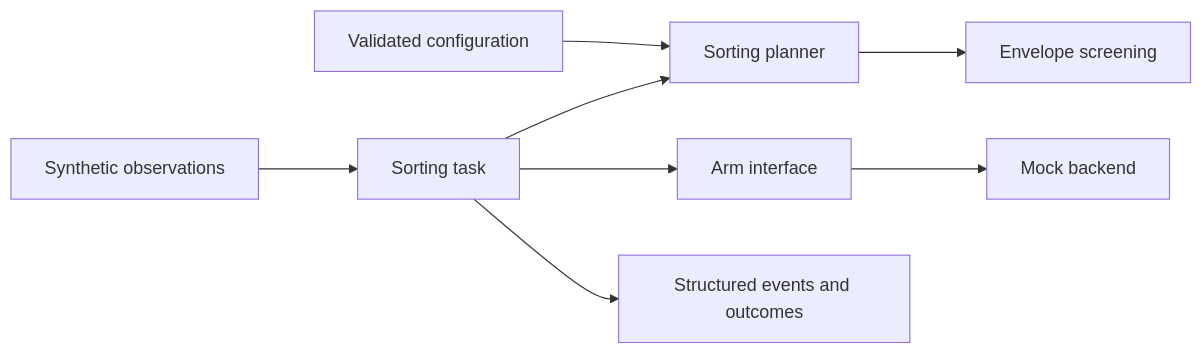
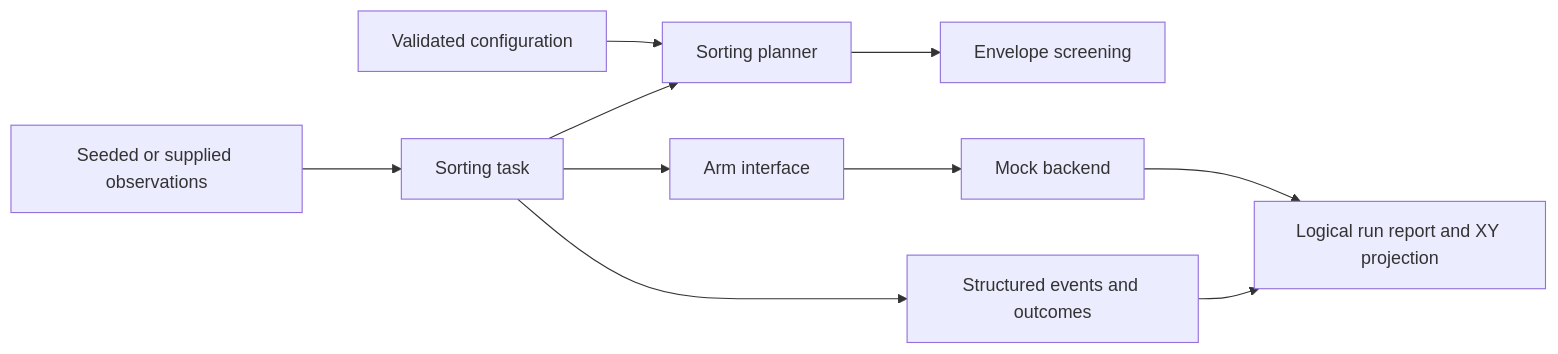
One commit to LiamHoweth/RAFTEL changed the diagram in arm-01/docs/architecture.md. Above: the diagram before and after it, drawn with Mermaid. The commit also changed other lines of this file and 11 other files, not shown here.

Commit message:
Document RAFTEL research evidence, roadmap and license readiness

````diff
--- a/arm-01/docs/architecture.md
+++ b/arm-01/docs/architecture.md
@@ -30,10 +31,12 @@
 ```mermaid
 flowchart LR
   Config[Validated configuration] --> Planner[Sorting planner]
-  Scene[Synthetic observations] --> Task[Sorting task]
+  Scene[Seeded or supplied observations] --> Task[Sorting task]
   Task --> Planner
   Planner --> Screening[Envelope screening]
   Task --> Arm[Arm interface]
   Arm --> Mock[Mock backend]
   Task --> Events[Structured events and outcomes]
+  Mock --> Report[Logical run report and XY projection]
+  Events --> Report
 ```
````
